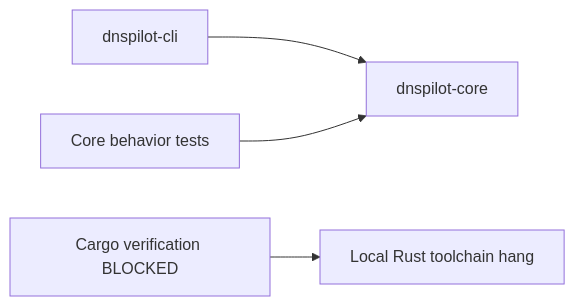
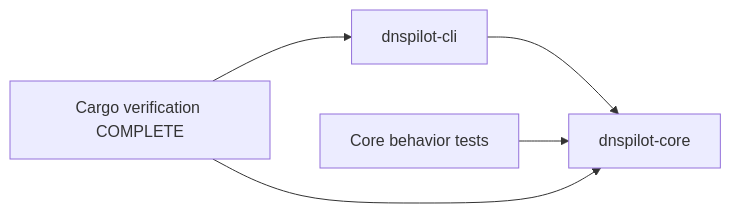
One commit to AlienVIII/DNSPilot changed the sixth of 9 diagrams in progress.md. Above: the diagram before and after it, drawn with Mermaid. The commit also changed other lines of this file and 7 other files, not shown here.

````diff
--- a/progress.md
+++ b/progress.md
@@ -119,6 +119,7 @@
 ```mermaid
 graph LR
   CLI[dnspilot-cli] --> CORE[dnspilot-core]
   TESTS[Core behavior tests] --> CORE
-  VERIFY[Cargo verification BLOCKED] --> TOOLCHAIN[Local Rust toolchain hang]
+  VERIFY[Cargo verification COMPLETE] --> CORE
+  VERIFY --> CLI
 ```
````
